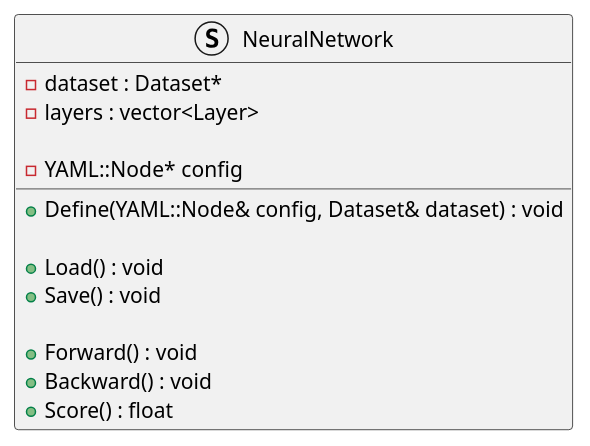
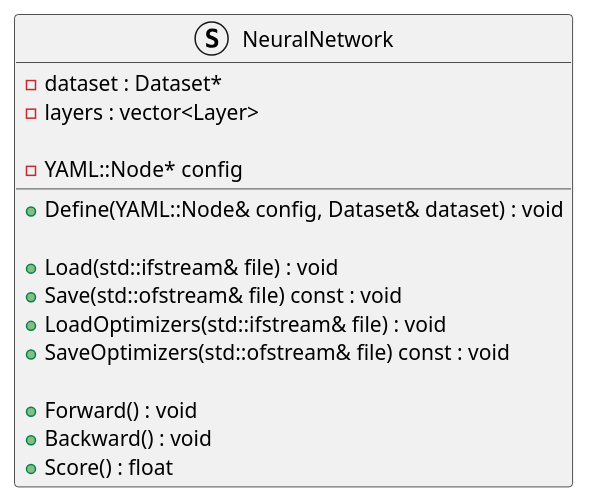
One commit to Joey574/PlantUML changed the diagram in MLEngineDesign/ModuleDesign/NeuralNetworkDesign.puml. Above: the diagram before and after it, drawn with PlantUML. The commit also changed 2 other files, not shown here.

```diff
--- a/MLEngineDesign/ModuleDesign/NeuralNetworkDesign.puml
+++ b/MLEngineDesign/ModuleDesign/NeuralNetworkDesign.puml
@@ -1,17 +1,19 @@
 @startuml NeuralNetwork
 struct NeuralNetwork {
     - dataset : Dataset*
     - layers : vector<Layer>
 
     - YAML::Node* config
 
     + Define(YAML::Node& config, Dataset& dataset) : void
 
-    + Load() : void
-    + Save() : void
+    + Load(std::ifstream& file) : void
+    + Save(std::ofstream& file) const : void
+    + LoadOptimizers(std::ifstream& file) : void
+    + SaveOptimizers(std::ofstream& file) const : void
 
     + Forward() : void
     + Backward() : void
     + Score() : float
 }
 @enduml
```
